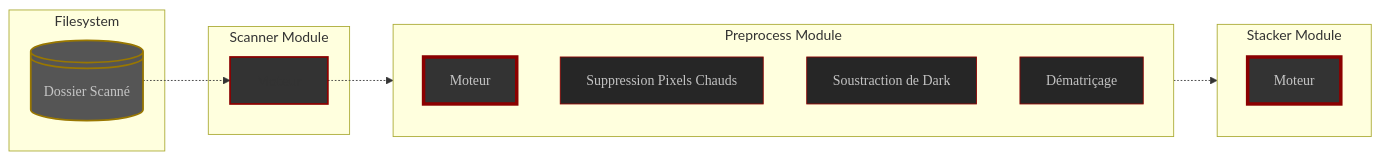
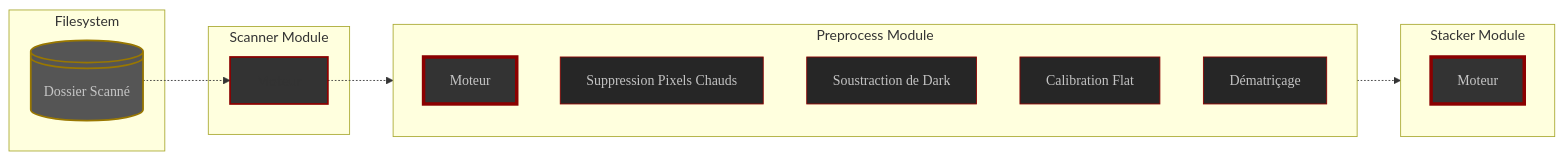
One commit to deufrai/als changed the third of 4 diagrams in website/content/fr/docs/v1.0/reference/modules/_index.md. Above: the diagram before and after it, drawn with Mermaid. The commit also changed other lines of this file and 1 other file, not shown here.

Commit message:
add flat calibration process to reference documentation's subs realms graph

````diff
--- a/website/content/fr/docs/v1.0/reference/modules/_index.md
+++ b/website/content/fr/docs/v1.0/reference/modules/_index.md
@@ -169,42 +169,44 @@
 ```mermaid
 flowchart LR
 
     subgraph Filesystem
         SCAN_FOLDER@{ shape: lin-cyl, label: "Dossier Scanné" }
     end
         
     subgraph Scanner Module 
         SCANNER_ENGINE[Moteur]
     end
            
     subgraph Preprocess Module
         direction TB
         PREPROCESS_ENGINE[Moteur]
         HOT_PIXEL[Suppression Pixels Chauds]
         DARK_SUB[Soustraction de Dark]
+        FLAT_CAL[Calibration Flat]
         DEBAYER[Dématriçage]
     end  
 
     subgraph Stacker Module
         direction TB
         STACK_ENGINE[Moteur]
     end
 
     SCAN_FOLDER -.-> SCANNER_ENGINE
     SCANNER_ENGINE -.-> PREPROCESS_ENGINE
     PREPROCESS_ENGINE -.-> STACK_ENGINE
     
     classDef module fill:#333,stroke:darkred,stroke-width:2px
     classDef main_module fill:#333,stroke:darkred,stroke-width:4px,color:#c6c6c6,font-family:'Poppins',sans-serif
     classDef process fill:#262626,stroke:darkred,stroke-width:1px,color:#c3c3c3,font-family:'Poppins',sans-serif
     classDef folder fill:#555,stroke:#970,stroke-width:2px,color:#c6c6c6,font-family:'Poppins',sans-serif
     classDef display fill:#555,stroke:#222,stroke-width:2px,color:#c6c6c6,font-family:'Poppins',sans-serif
     
     class SCANNER_ENGINE module
     class PREPROCESS_ENGINE main_module
     class STACK_ENGINE main_module
     class HOT_PIXEL process
     class DARK_SUB process
+    class FLAT_CAL process
     class DEBAYER process
     class SCAN_FOLDER folder
 ```
````
